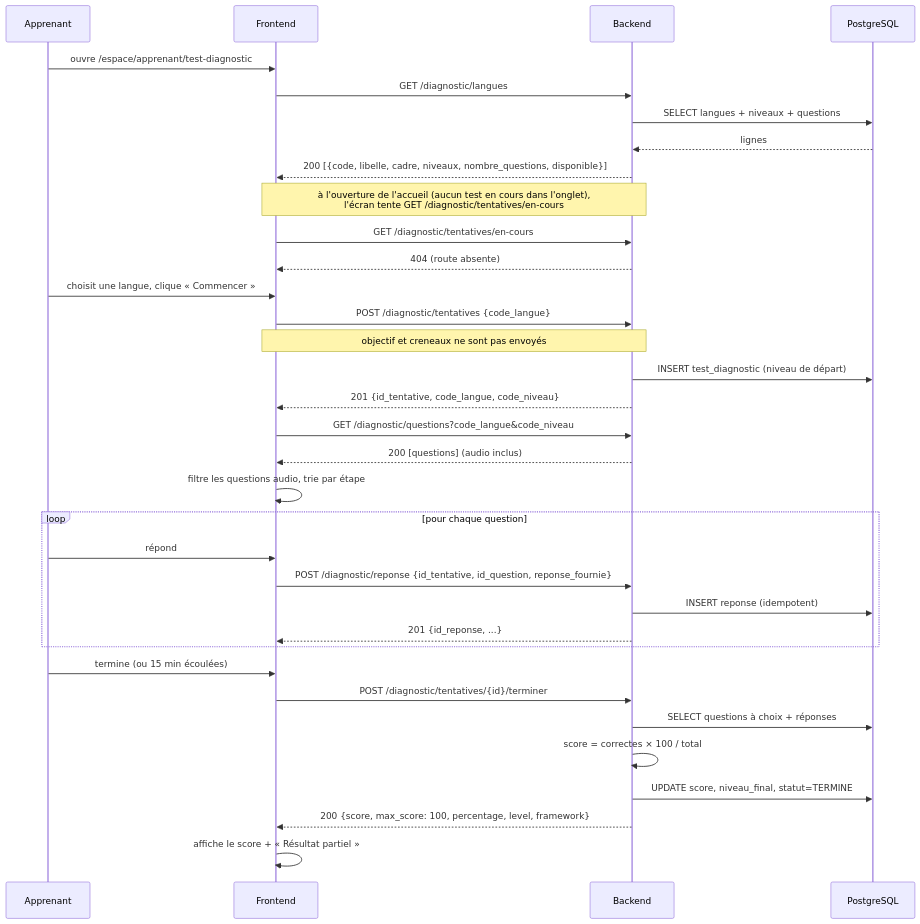
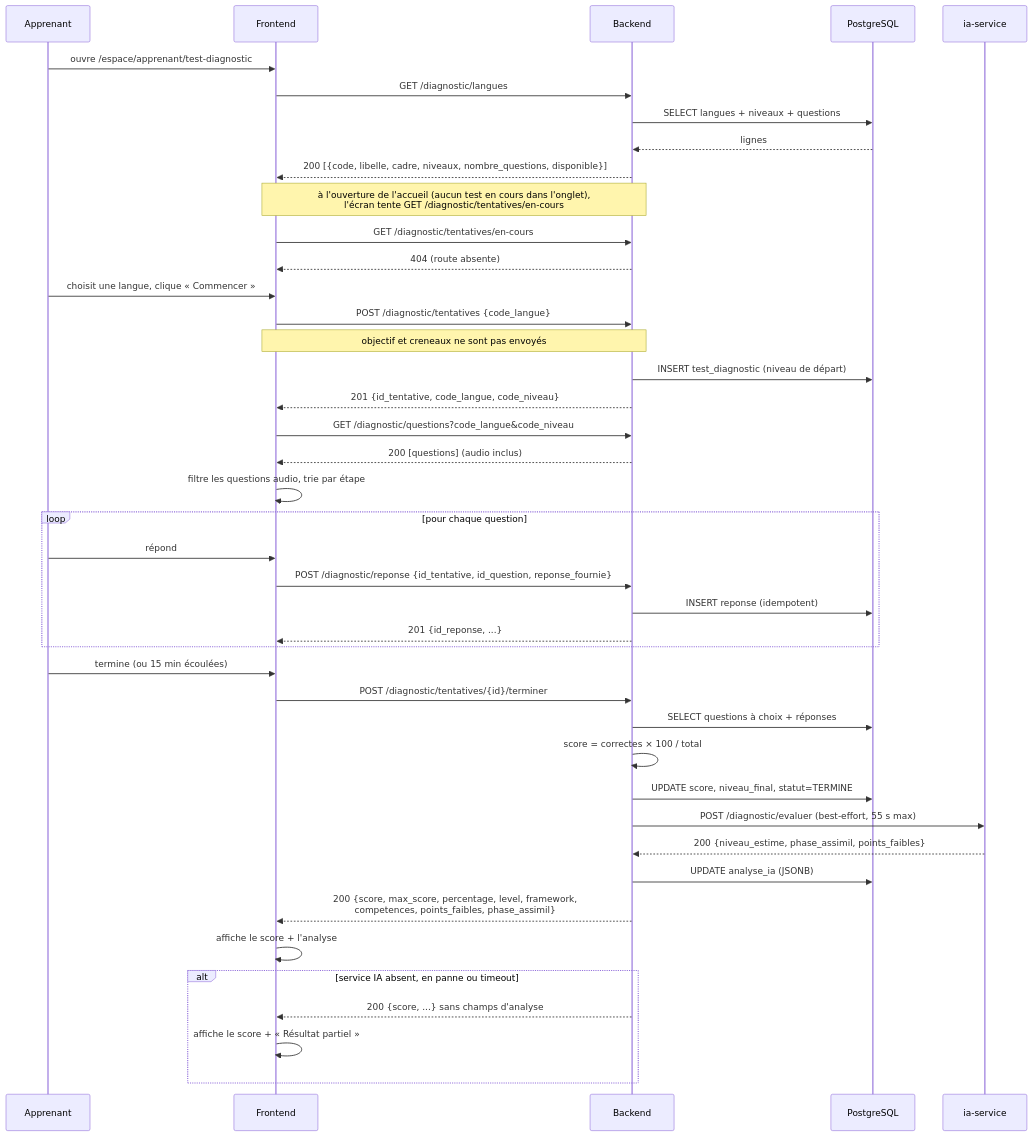
The diagram in docs/architecture/05-integration-frontend-backend.md (Fafa008/langue_IA), drawn with Mermaid before and after one commit. The commit also changed other lines of this file and 11 other files, not shown here.

````diff
--- a/docs/architecture/05-integration-frontend-backend.md
+++ b/docs/architecture/05-integration-frontend-backend.md
@@ -313,42 +313,51 @@
 ```mermaid
 sequenceDiagram
     participant U as Apprenant
     participant UI as Frontend
     participant API as Backend
     participant DB as PostgreSQL
+    participant IA as ia-service
 
     U->>UI: ouvre /espace/apprenant/test-diagnostic
     UI->>API: GET /diagnostic/langues
     API->>DB: SELECT langues + niveaux + questions
     DB-->>API: lignes
     API-->>UI: 200 [{code, libelle, cadre, niveaux, nombre_questions, disponible}]
 
     Note over UI,API: à l'ouverture de l'accueil (aucun test en cours dans l'onglet),<br/>l'écran tente GET /diagnostic/tentatives/en-cours
     UI->>API: GET /diagnostic/tentatives/en-cours
     API-->>UI: 404 (route absente)
 
     U->>UI: choisit une langue, clique « Commencer »
     UI->>API: POST /diagnostic/tentatives {code_langue}
     Note over UI,API: objectif et creneaux ne sont pas envoyés
     API->>DB: INSERT test_diagnostic (niveau de départ)
     API-->>UI: 201 {id_tentative, code_langue, code_niveau}
 
     UI->>API: GET /diagnostic/questions?code_langue&code_niveau
     API-->>UI: 200 [questions] (audio inclus)
     UI->>UI: filtre les questions audio, trie par étape
 
     loop pour chaque question
         U->>UI: répond
         UI->>API: POST /diagnostic/reponse {id_tentative, id_question, reponse_fournie}
         API->>DB: INSERT reponse (idempotent)
         API-->>UI: 201 {id_reponse, ...}
     end
 
     U->>UI: termine (ou 15 min écoulées)
     UI->>API: POST /diagnostic/tentatives/{id}/terminer
     API->>DB: SELECT questions à choix + réponses
     API->>API: score = correctes × 100 / total
     API->>DB: UPDATE score, niveau_final, statut=TERMINE
-    API-->>UI: 200 {score, max_score: 100, percentage, level, framework}
-    UI->>UI: affiche le score + « Résultat partiel »
+    API->>IA: POST /diagnostic/evaluer (best-effort, 55 s max)
+    IA-->>API: 200 {niveau_estime, phase_assimil, points_faibles}
+    API->>DB: UPDATE analyse_ia (JSONB)
+    API-->>UI: 200 {score, max_score, percentage, level, framework,<br/>competences, points_faibles, phase_assimil}
+    UI->>UI: affiche le score + l'analyse
+
+    alt service IA absent, en panne ou timeout
+        API-->>UI: 200 {score, ...} sans champs d'analyse
+        UI->>UI: affiche le score + « Résultat partiel »
+    end
 ```
````
